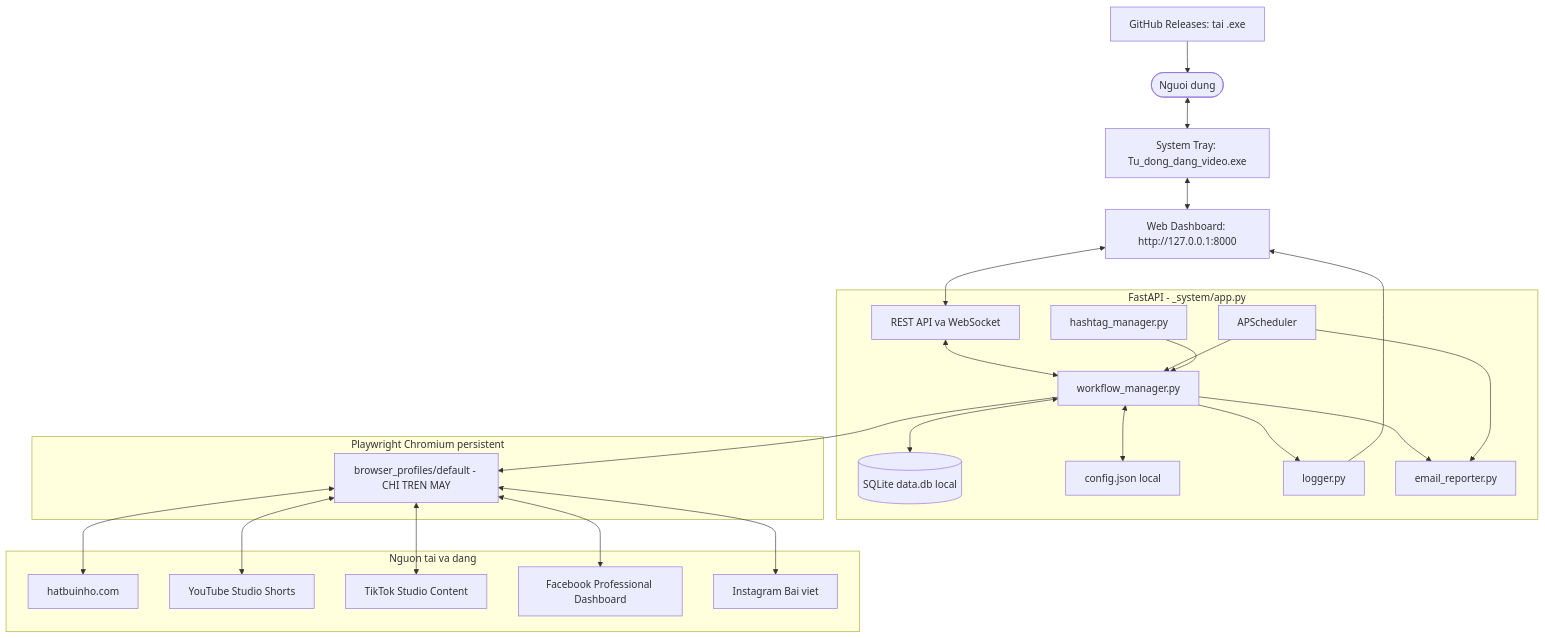
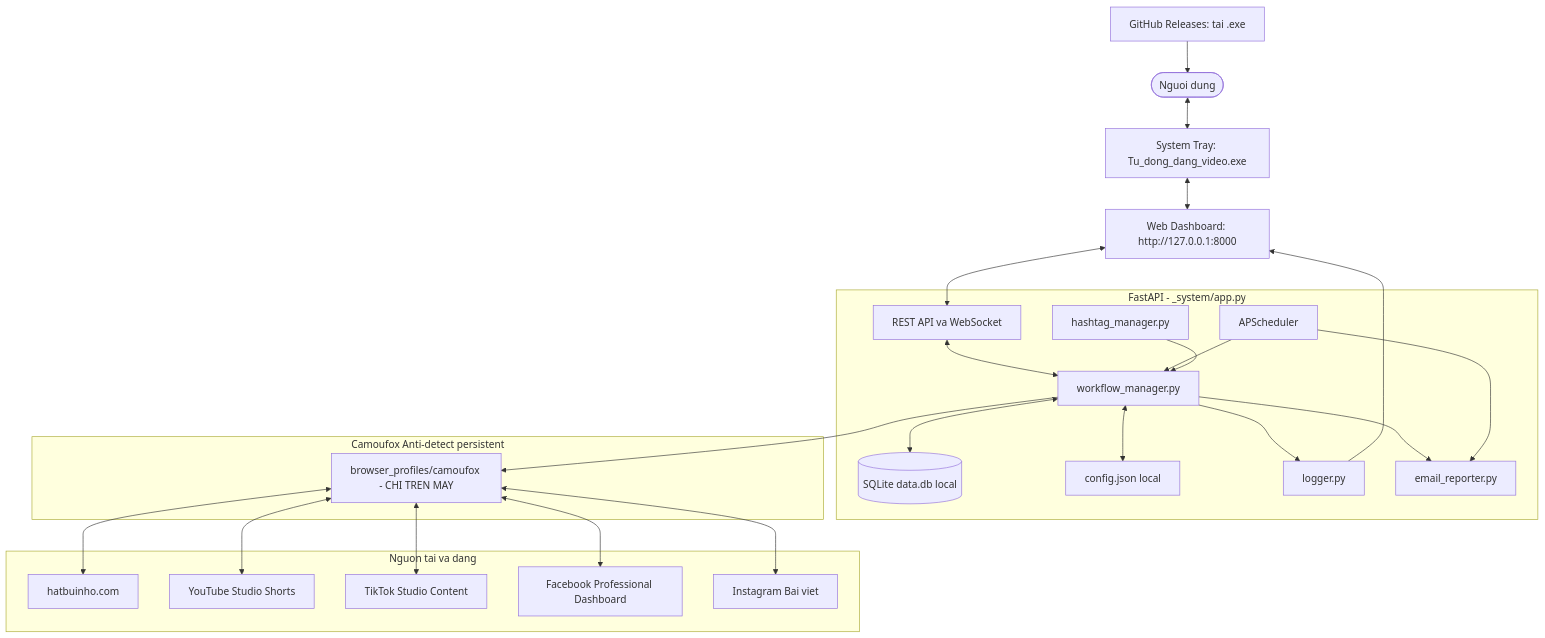
One commit to ngonco/dangvideo changed the diagram in _system/SYSTEM_MAP.MD. Above: the diagram before and after it, drawn with Mermaid. The commit also changed other lines of this file and 10 other files, not shown here.

Commit message:
Feat: Migrate browser engine from Playwright Chromium to Camoufox Anti-detect

````diff
--- a/_system/SYSTEM_MAP.MD
+++ b/_system/SYSTEM_MAP.MD
@@ -32,45 +32,45 @@
 ```mermaid
 graph TD
     User([Nguoi dung]) <--> Tray[System Tray: Tu_dong_dang_video.exe]
     Tray <--> Dashboard[Web Dashboard: http://127.0.0.1:8000]
     GhRelease[GitHub Releases: tai .exe] --> User
 
     subgraph CoreBackend [FastAPI - _system/app.py]
         API[REST API va WebSocket]
         Scheduler[APScheduler]
         WorkflowMgr[workflow_manager.py]
         DB[(SQLite data.db local)]
         ConfigMgr[config.json local]
         Logger[logger.py]
         HashtagMgr[hashtag_manager.py]
         EmailReporter[email_reporter.py]
     end
 
-    subgraph BrowserEngine [Playwright Chromium persistent]
-        Browser[browser_profiles/default - CHI TREN MAY]
+    subgraph BrowserEngine [Camoufox Anti-detect persistent]
+        Browser[browser_profiles/camoufox - CHI TREN MAY]
     end
 
     subgraph Platforms [Nguon tai va dang]
         HatBuiNho[hatbuinho.com]
         YT[YouTube Studio Shorts]
         TT[TikTok Studio Content]
         FB[Facebook Professional Dashboard]
         IG[Instagram Bai viet]
     end
 
     Dashboard <--> API
     API <--> WorkflowMgr
     Scheduler --> WorkflowMgr
     WorkflowMgr <--> DB
     WorkflowMgr <--> ConfigMgr
     WorkflowMgr --> Logger --> Dashboard
     WorkflowMgr --> Browser
     Browser <--> HatBuiNho
     Browser <--> YT
     Browser <--> TT
     Browser <--> FB
     Browser <--> IG
     HashtagMgr --> WorkflowMgr
     WorkflowMgr --> EmailReporter
     Scheduler --> EmailReporter
 ```
````
